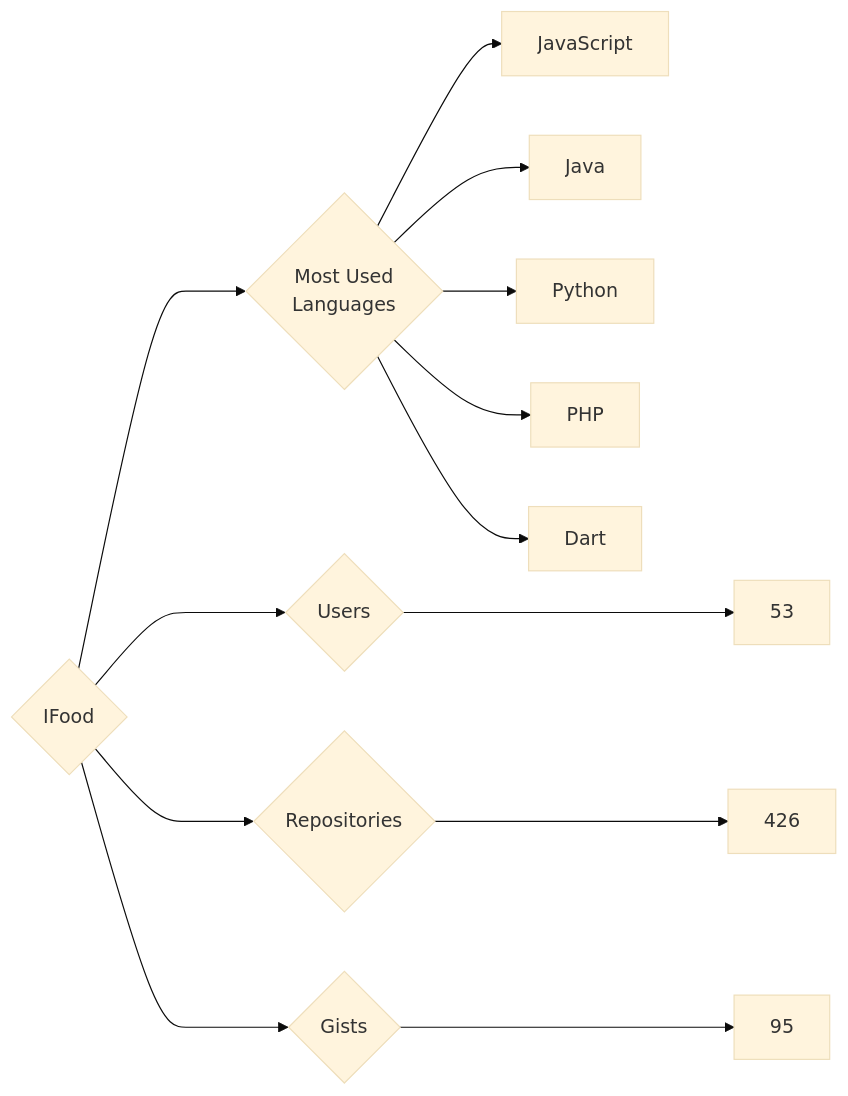
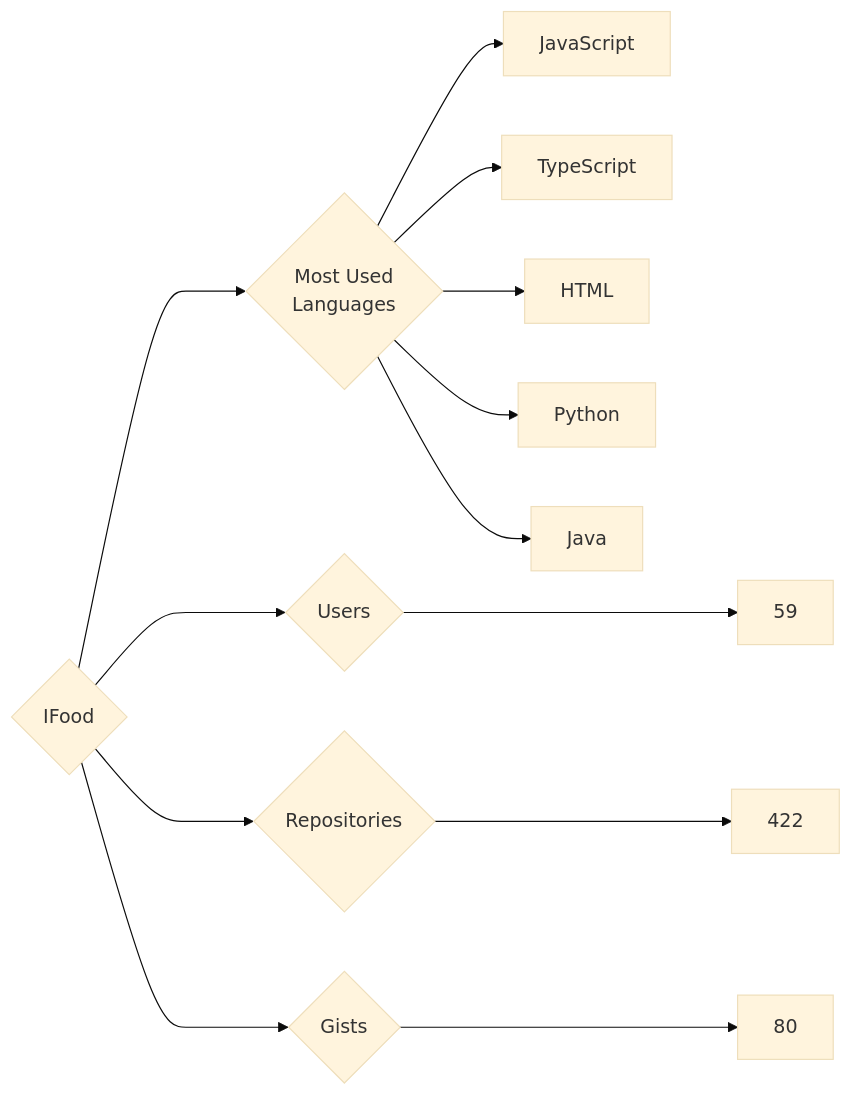
One commit to trickest/insiders changed the diagram in targets/IFood/README.md. Above: the diagram before and after it, drawn with Mermaid (base theme). The commit also changed 809 other files, not shown here.

````diff
--- a/targets/IFood/README.md
+++ b/targets/IFood/README.md
@@ -3,13 +3,13 @@
 ```mermaid
 graph LR
 COMPANY_NAME{IFood}
-COMPANY_NAME ---> U{Users} ---> UN[53]
-COMPANY_NAME ---> R{Repositories} ---> RN[426]
-COMPANY_NAME ---> G{Gists} ---> GN[95]
+COMPANY_NAME ---> U{Users} ---> UN[59]
+COMPANY_NAME ---> R{Repositories} ---> RN[422]
+COMPANY_NAME ---> G{Gists} ---> GN[80]
 COMPANY_NAME ---> ML{Most Used<br>Languages}
 ML --> JavaScript[JavaScript]
+ML --> TypeScript[TypeScript]
+ML --> HTML[HTML]
+ML --> Python[Python]
 ML --> Java[Java]
-ML --> Python[Python]
-ML --> PHP[PHP]
-ML --> Dart[Dart]
 ```
````
